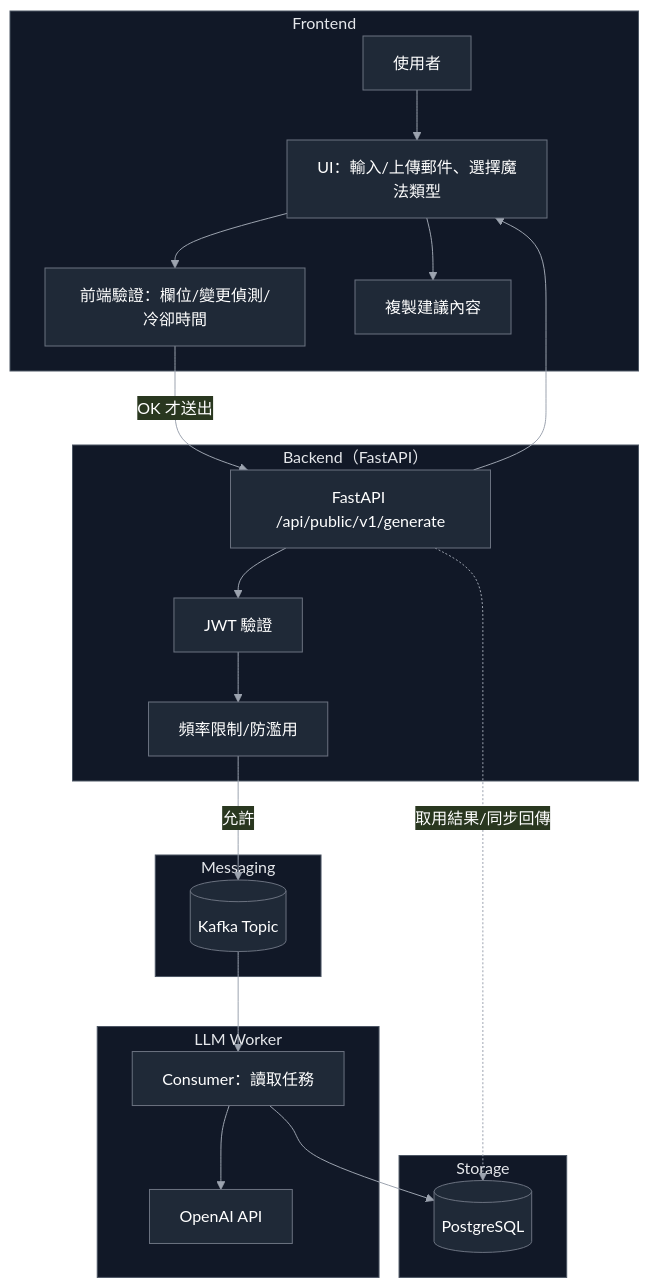
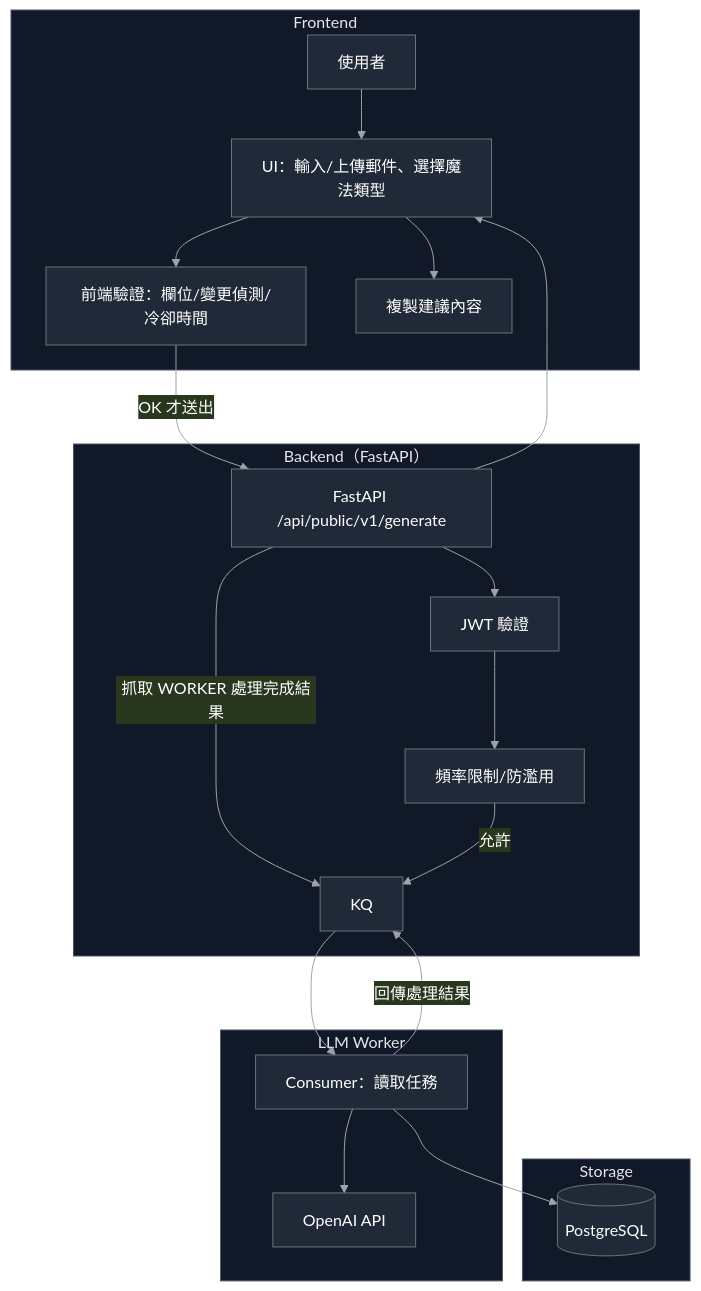
Before and after one commit to yuyaun/email-analyzer-ian: the diagram in FLOWCHART.mmd, drawn with Mermaid. The commit also changed 1 other file, not shown here.

```diff
--- a/FLOWCHART.mmd
+++ b/FLOWCHART.mmd
@@ -1,45 +1,42 @@
 %%{init: {"theme": "base", "themeVariables": {"primaryColor": "#1f2937", "primaryTextColor": "#fff", "lineColor": "#9ca3af", "tertiaryColor":"#111827"}}}%%
 %% 手動近似 redux 風格（若你的環境支援 `theme: redux`，可改用最下方版本） %%
 flowchart TD
     %% 分群
     subgraph Client[Frontend]
         U[使用者]
         FE[UI：輸入/上傳郵件、選擇魔法類型]
         VAL[前端驗證：欄位/變更偵測/冷卻時間]
         CLIP[複製建議內容]
         U --> FE --> VAL
     end
 
     subgraph API[Backend（FastAPI）]
         GW[FastAPI /api/public/v1/generate]
+        GW -- 抓取 WORKER 處理完成結果--> KQ
         JWT[JWT 驗證]
         RL[頻率限制/防濫用]
     end
 
-    subgraph MQ[Messaging]
-        KQ[(Kafka Topic)]
-    end
-
     subgraph Worker[LLM Worker]
         WK[Consumer：讀取任務]
+        WK -- 回傳處理結果 --> KQ
         LLM[OpenAI API]
     end
 
     subgraph Data[Storage]
         DB[(PostgreSQL)]
     end
 
     %% 流程
     VAL -- OK 才送出 --> GW
     GW --> JWT --> RL
     RL -- 允許 --> KQ
     KQ --> WK --> LLM
     WK --> DB
-    GW -. 取用結果/同步回傳 .-> DB
     GW --> FE --> CLIP
 
     %% 標註
     classDef subtle fill:#111827,stroke:#4b5563,color:#e5e7eb;
     classDef io fill:#1f2937,stroke:#6b7280,color:#fff;
     class Client,API,MQ,Worker,Data subtle;
     class U,FE,VAL,CLIP,JWT,RL,WK,LLM,DB,KQ,GW io;
```
